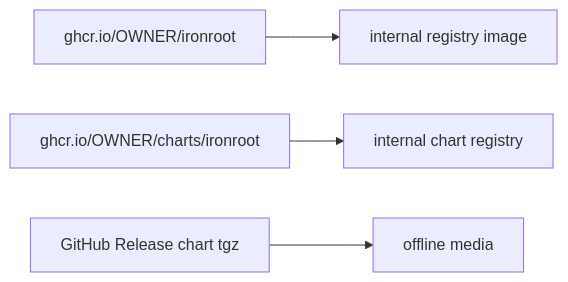
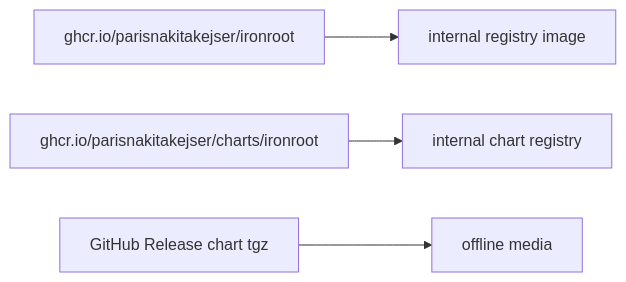
The second of 3 diagrams in docs/architecture/airgap.md (parisnakitakejser/ironroot), drawn with Mermaid before and after one commit. The commit also changed 32 other files, not shown here.

````diff
--- a/docs/architecture/airgap.md
+++ b/docs/architecture/airgap.md
@@ -24,6 +24,6 @@
 ```mermaid
 flowchart LR
-  GHCRImage[ghcr.io/OWNER/ironroot] --> InternalImage[internal registry image]
-  GHCRChart[ghcr.io/OWNER/charts/ironroot] --> InternalChart[internal chart registry]
+  GHCRImage[ghcr.io/parisnakitakejser/ironroot] --> InternalImage[internal registry image]
+  GHCRChart[ghcr.io/parisnakitakejser/charts/ironroot] --> InternalChart[internal chart registry]
   ReleaseTGZ[GitHub Release chart tgz] --> OfflineMedia[offline media]
 ```
````
